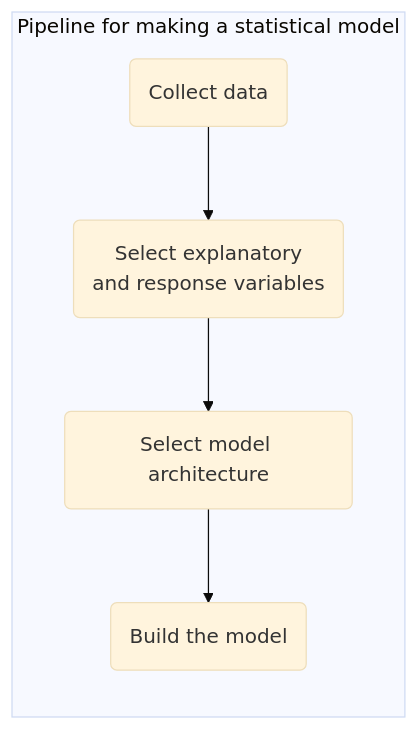
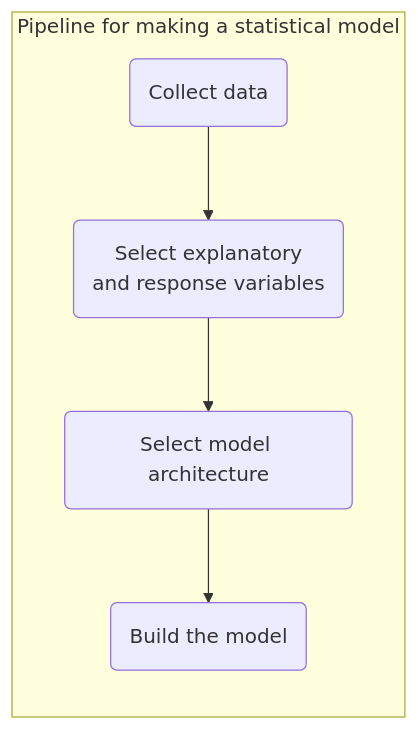
The diagram in tutorials/stat_model/intro_stat_model.qmd (jeweljohnsonj/SciQuest), drawn with Mermaid before and after one commit. The commit also changed other lines of this file and 602 other files, not shown here.

````diff
--- a/tutorials/stat_model/intro_stat_model.qmd
+++ b/tutorials/stat_model/intro_stat_model.qmd
@@ -186,11 +187,6 @@
 ```{mermaid}
-%%{init: {'securityLevel': 'loose', 'theme':'base'}}%%
 graph LR
-  A(Collect data) --> B(Select explanatory<br> and response variables) --> C(Select model architecture) --> D(Build the model)
-  subgraph Pipeline for making a statistical model
-  A
-  B
-  C
-  D
-  end
+subgraph Pipeline for making a statistical model
+A(Collect data) --> B(Select explanatory<br> and response variables) --> C(Select model architecture) --> D(Build the model)
+end
 ```
````
